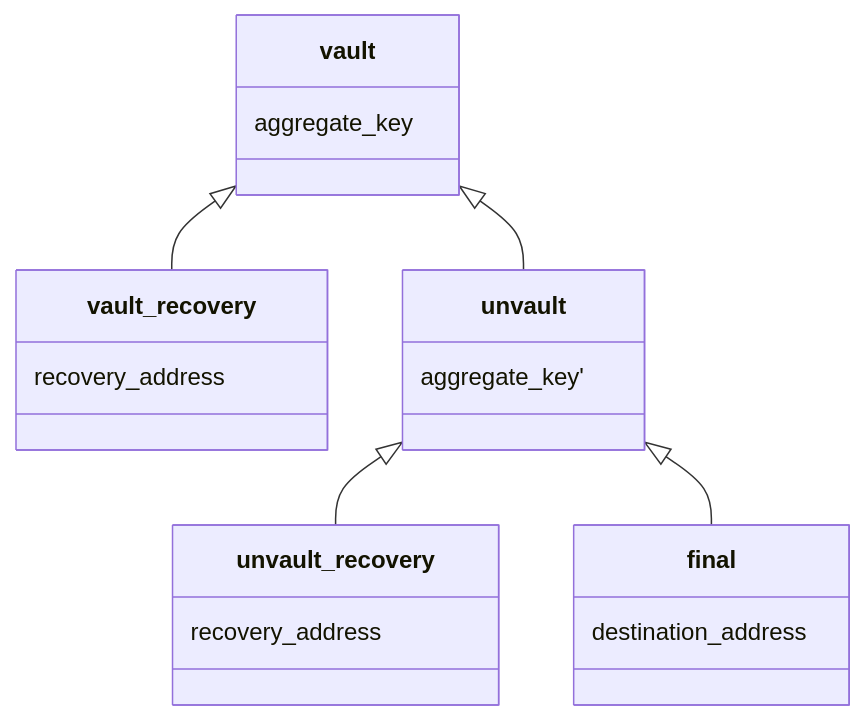
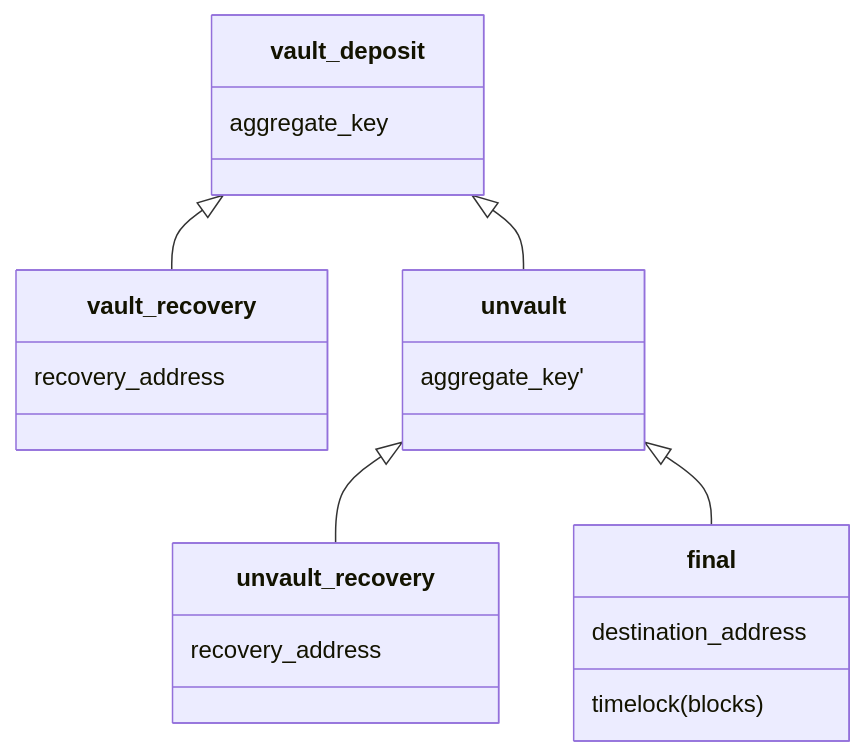
Before and after one commit to halseth/blind-vault: the second of 2 diagrams in doc/vault.md, drawn with Mermaid.

Commit message:
vault.mrtd: fix cha

````diff
--- a/doc/vault.md
+++ b/doc/vault.md
@@ -89,23 +89,24 @@
 ```mermaid
 classDiagram
-    vault <|-- vault_recovery
-    vault <|-- unvault
+    vault_deposit <|-- vault_recovery
+    vault_deposit <|-- unvault
     unvault <|-- unvault_recovery
     unvault <|-- final
 
-    class vault{
+    class vault_deposit{
       aggregate_key
     }
     class vault_recovery{
       recovery_address
     }
     class unvault{
       aggregate_key'
     }
     class final{
       destination_address
+      timelock(blocks)
     }
     class unvault_recovery{
       recovery_address
     }
 ```
````
